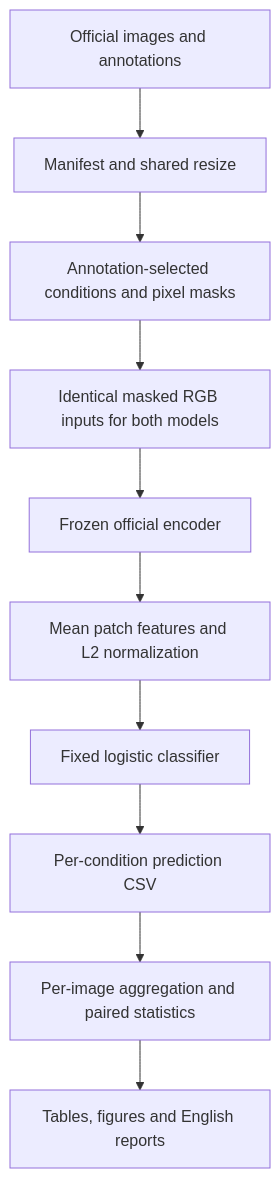
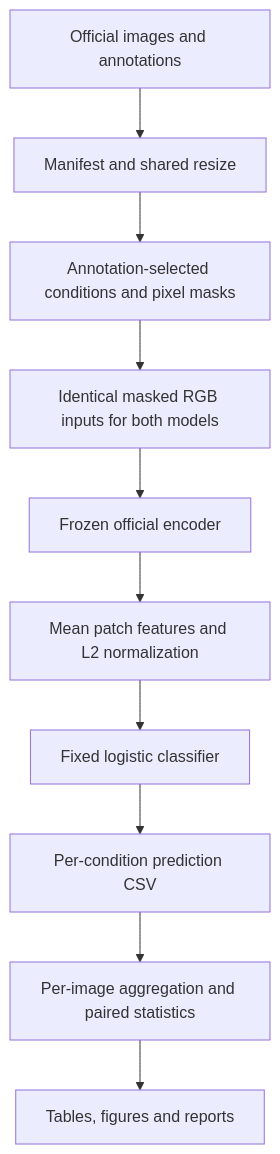
One commit to Bensssonxx/comp669-object-visibility changed the diagram in docs/CODE_GUIDE.md. Above: the diagram before and after it, drawn with Mermaid. The commit also changed other lines of this file and 58 other files, not shown here.

````diff
--- a/docs/CODE_GUIDE.md
+++ b/docs/CODE_GUIDE.md
@@ -40,12 +40,12 @@
 ```mermaid
 flowchart TD
     A[Official images and annotations] --> B[Manifest and shared resize]
     B --> C[Annotation-selected conditions and pixel masks]
     C --> D[Identical masked RGB inputs for both models]
     D --> E[Frozen official encoder]
     E --> F[Mean patch features and L2 normalization]
     F --> G[Fixed logistic classifier]
     G --> H[Per-condition prediction CSV]
     H --> I[Per-image aggregation and paired statistics]
-    I --> J[Tables, figures and English reports]
+    I --> J[Tables, figures and reports]
 ```
````
